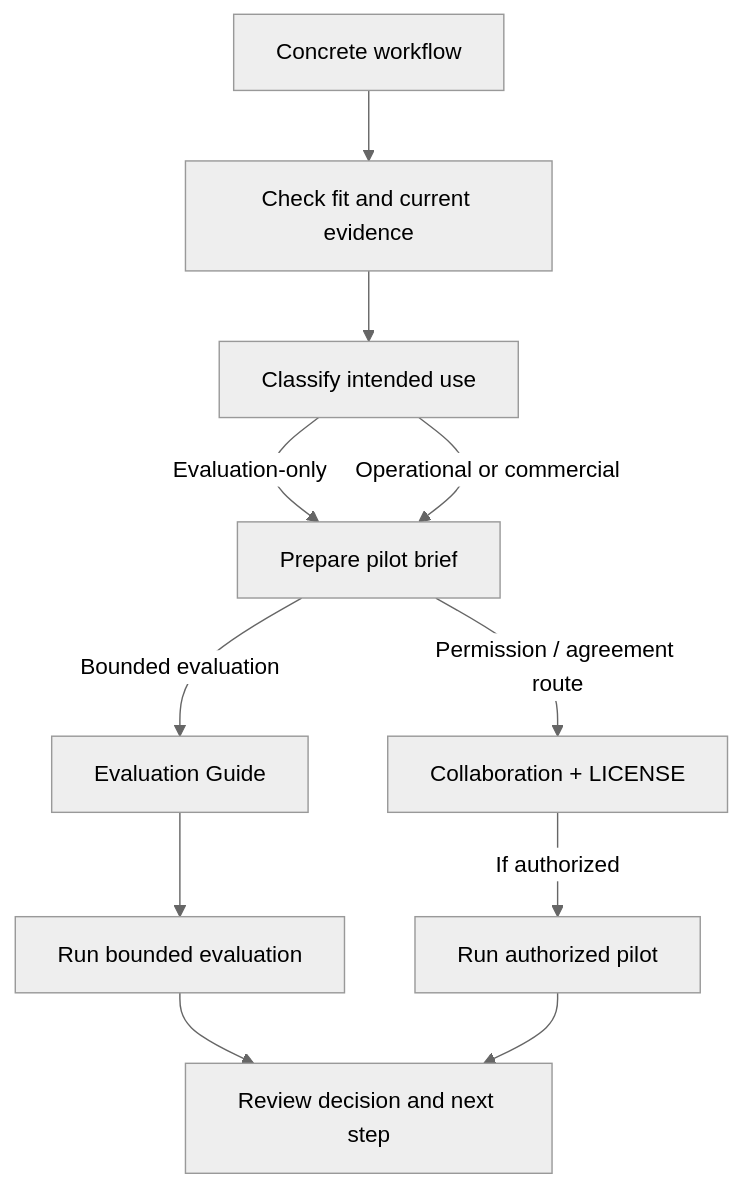
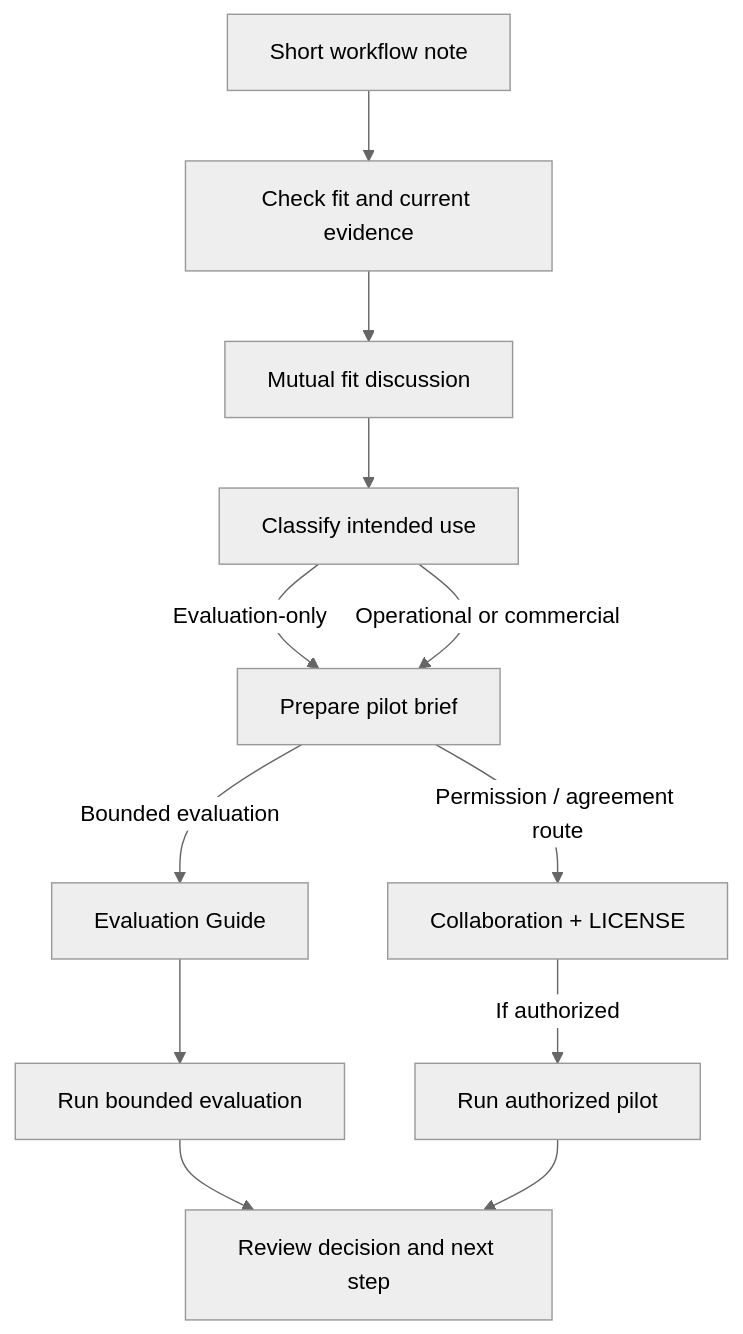
Before and after one commit to jakbuczarnecki/intergrax: the diagram in docs/project/community/PARTNERS.md, drawn with Mermaid (neutral theme). The commit also changed other lines of this file and 5 other files, not shown here.

````diff
--- a/docs/project/community/PARTNERS.md
+++ b/docs/project/community/PARTNERS.md
@@ -47,13 +63,14 @@
 ```mermaid
 flowchart TD
-    A[Concrete workflow] --> B[Check fit and current evidence]
-    B --> C[Classify intended use]
-    C -->|Evaluation-only| D[Prepare pilot brief]
-    C -->|Operational or commercial| D
-    D -->|Bounded evaluation| E[Evaluation Guide]
-    E --> F[Run bounded evaluation]
-    D -->|Permission / agreement route| G[Collaboration + LICENSE]
-    G -->|If authorized| H[Run authorized pilot]
-    F --> I[Review decision and next step]
-    H --> I
+    A[Short workflow note] --> B[Check fit and current evidence]
+    B --> C[Mutual fit discussion]
+    C --> D[Classify intended use]
+    D -->|Evaluation-only| E[Prepare pilot brief]
+    D -->|Operational or commercial| E
+    E -->|Bounded evaluation| F[Evaluation Guide]
+    F --> G[Run bounded evaluation]
+    E -->|Permission / agreement route| H[Collaboration + LICENSE]
+    H -->|If authorized| I[Run authorized pilot]
+    G --> J[Review decision and next step]
+    I --> J
 ```
````
